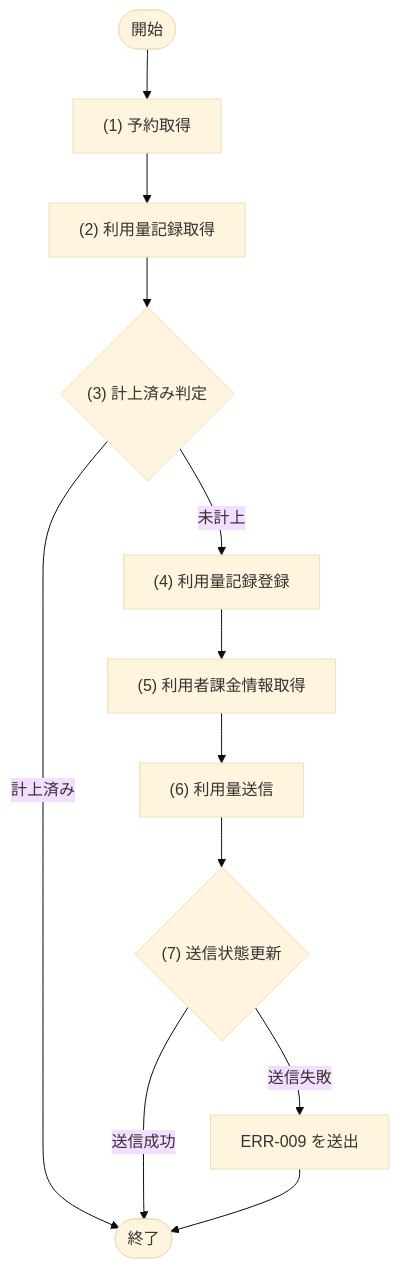
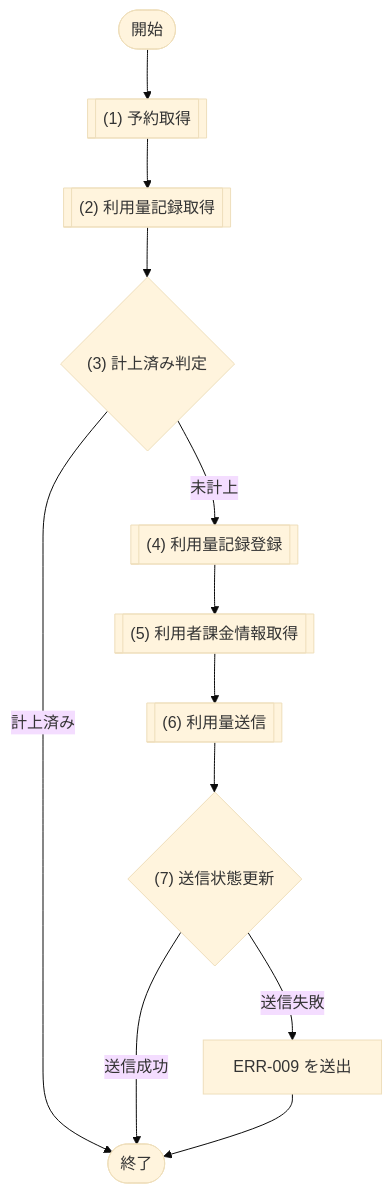
The fourth of 6 diagrams in docs/03_機能設計/05_モジュール設計/MOD-007_課金サービス.md (sikakou54/system-document-template), drawn with Mermaid (base theme) before and after one commit. The commit also changed other lines of this file and 28 other files, not shown here.

````diff
--- a/docs/03_機能設計/05_モジュール設計/MOD-007_課金サービス.md
+++ b/docs/03_機能設計/05_モジュール設計/MOD-007_課金サービス.md
@@ -398,19 +398,19 @@
 ```mermaid
 flowchart TD
   Start([開始])
-  P1["(1) 予約取得"]
-  P2["(2) 利用量記録取得"]
+  P1[["(1) 予約取得"]]
+  P2[["(2) 利用量記録取得"]]
   D1{"(3) 計上済み判定"}
-  P3["(4) 利用量記録登録"]
-  P4["(5) 利用者課金情報取得"]
-  P5["(6) 利用量送信"]
+  P3[["(4) 利用量記録登録"]]
+  P4[["(5) 利用者課金情報取得"]]
+  P5[["(6) 利用量送信"]]
   D2{"(7) 送信状態更新"}
   E1["ERR-009 を送出"]
   End([終了])
 
   Start --> P1 --> P2 --> D1
   D1 -- "計上済み" --> End
   D1 -- "未計上" --> P3 --> P4 --> P5 --> D2
   D2 -- "送信成功" --> End
   D2 -- "送信失敗" --> E1 --> End
 ```
````
